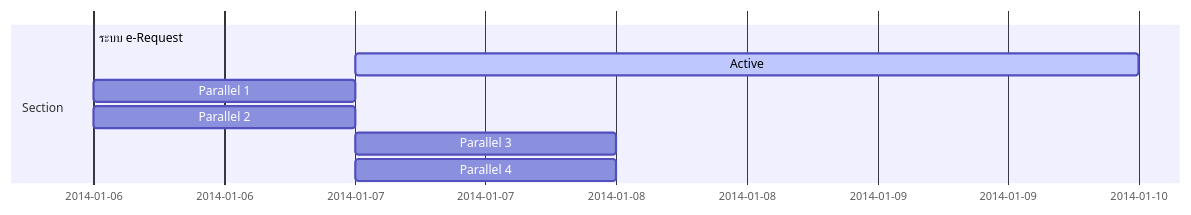
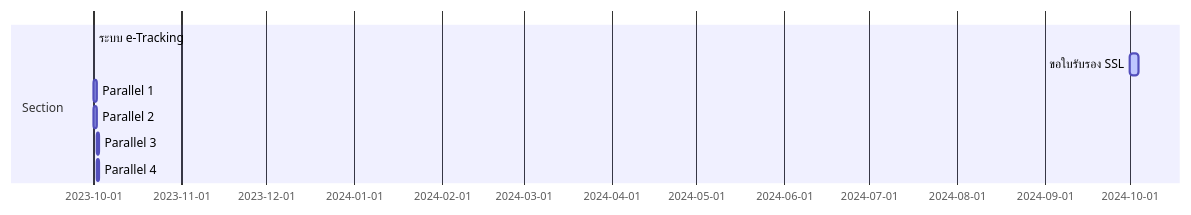
One commit to Kietpawpan/e-tracking changed the diagram in README.md. Above: the diagram before and after it, drawn with Mermaid.

````diff
--- a/README.md
+++ b/README.md
@@ -6,10 +6,10 @@
 ```mermaid
 gantt
     section Section
-    ระบบ e-Request :done,    des1, 2014-01-06,2014-01-08
-    Active        :active,  des2, 2014-01-07, 3d
+    ระบบ e-Tracking :done,    des1, 2023-10-01,2024-01-30
+    ขอใบรับรอง SSL        :active,  des2, 2024-10-01, 3d
     Parallel 1   :         des3, after des1, 1d
     Parallel 2   :         des4, after des1, 1d
     Parallel 3   :         des5, after des3, 1d
     Parallel 4   :         des6, after des4, 1d
 ```
````
